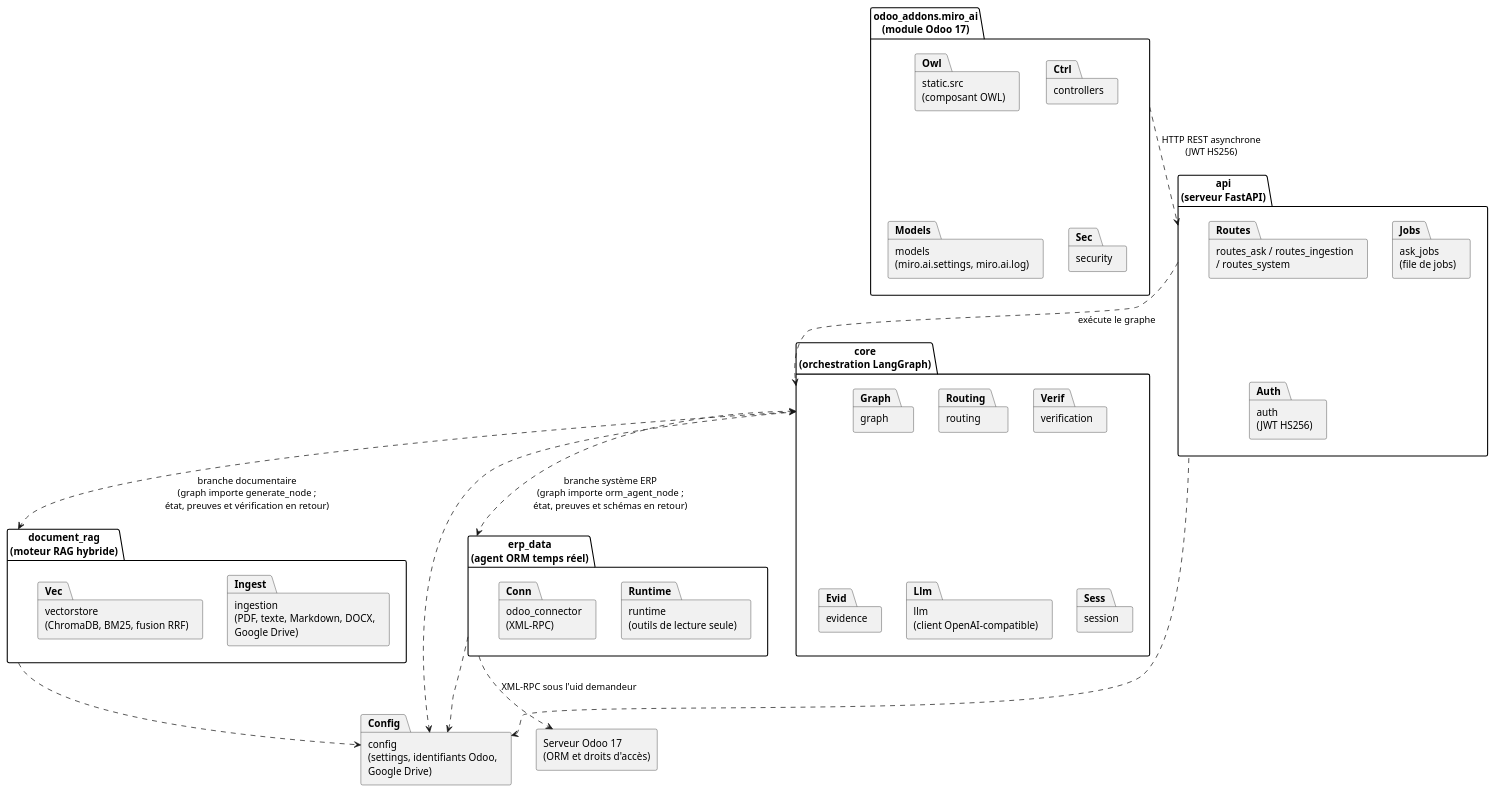
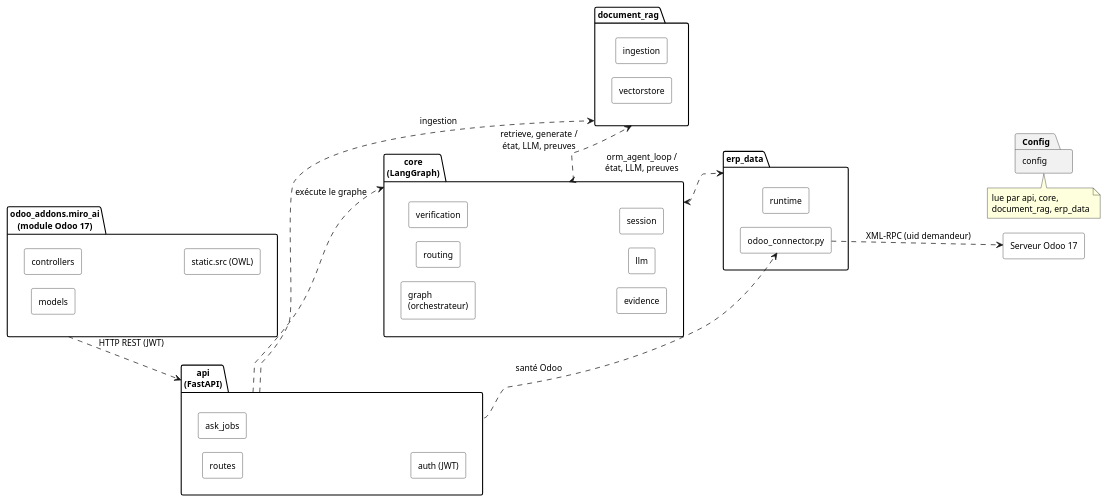
One commit to katsuki2000/odoo-ia-prototype changed the diagram in todo/diagrammes/5_10_paquetage.puml. Above: the diagram before and after it, drawn with PlantUML. The commit also changed 6 other files, not shown here.

```diff
--- a/todo/diagrammes/5_10_paquetage.puml
+++ b/todo/diagrammes/5_10_paquetage.puml
@@ -1,49 +1,57 @@
 @startuml 5_10_paquetage
 skinparam packageStyle folder
+left to right direction
+skinparam nodesep 20
+skinparam ranksep 45
+skinparam defaultFontSize 12
+skinparam rectangle {
+  BackgroundColor #FFFFFF
+}
 
 package "odoo_addons.miro_ai\n(module Odoo 17)" as Addon {
-  package "static.src\n(composant OWL)" as Owl
-  package "controllers" as Ctrl
-  package "models\n(miro.ai.settings, miro.ai.log)" as Models
-  package "security" as Sec
+  rectangle "controllers" as Ctrl
+  rectangle "models" as Models
+  rectangle "static.src (OWL)" as Owl
 }
 
-package "api\n(serveur FastAPI)" as Api {
-  package "routes_ask / routes_ingestion\n/ routes_system" as Routes
-  package "ask_jobs\n(file de jobs)" as Jobs
-  package "auth\n(JWT HS256)" as Auth
+package "api\n(FastAPI)" as Api {
+  rectangle "routes" as Routes
+  rectangle "ask_jobs" as Jobs
+  rectangle "auth (JWT)" as Auth
 }
 
-package "core\n(orchestration LangGraph)" as Core {
-  package "graph" as Graph
-  package "routing" as Routing
-  package "verification" as Verif
-  package "evidence" as Evid
-  package "llm\n(client OpenAI-compatible)" as Llm
-  package "session" as Sess
+package "core\n(LangGraph)" as Core {
+  rectangle "graph\n(orchestrateur)" as Graph
+  rectangle "routing" as Routing
+  rectangle "verification" as Verif
+  rectangle "evidence" as Evid
+  rectangle "llm" as Llm
+  rectangle "session" as Sess
 }
 
-package "document_rag\n(moteur RAG hybride)" as Rag {
-  package "ingestion\n(PDF, texte, Markdown, DOCX,\nGoogle Drive)" as Ingest
-  package "vectorstore\n(ChromaDB, BM25, fusion RRF)" as Vec
+package "document_rag" as Rag {
+  rectangle "ingestion" as Ingest
+  rectangle "vectorstore" as Vec
 }
 
-package "erp_data\n(agent ORM temps réel)" as Erp {
-  package "runtime\n(outils de lecture seule)" as Runtime
-  package "odoo_connector\n(XML-RPC)" as Conn
+package "erp_data" as Erp {
+  rectangle "runtime" as Runtime
+  rectangle "odoo_connector.py" as Conn
 }
 
-package "config\n(settings, identifiants Odoo,\nGoogle Drive)" as Config
+package "config" as Config {
+}
 
-rectangle "Serveur Odoo 17\n(ORM et droits d'accès)" as OdooServer
+rectangle "Serveur Odoo 17" as OdooServer
 
-Addon ..> Api : HTTP REST asynchrone\n(JWT HS256)
+Addon ..> Api : HTTP REST (JWT)
 Api ..> Core : exécute le graphe
-Core <..> Rag : branche documentaire\n(graph importe generate_node ;\nétat, preuves et vérification en retour)
-Core <..> Erp : branche système ERP\n(graph importe orm_agent_node ;\nétat, preuves et schémas en retour)
-Erp ..> OdooServer : XML-RPC sous l'uid demandeur
-Api ..> Config
-Core ..> Config
-Rag ..> Config
-Erp ..> Config
+Api ..> Rag : ingestion
+Api ..> Conn : santé Odoo
+Core <..> Rag : retrieve, generate /\nétat, LLM, preuves
+Core <..> Erp : orm_agent_loop /\nétat, LLM, preuves
+Conn ..> OdooServer : XML-RPC (uid demandeur)
+Rag -[hidden]down-> Erp
+Erp -[hidden]down-> Config
+note bottom of Config : lue par api, core,\ndocument_rag, erp_data
 @enduml
```
